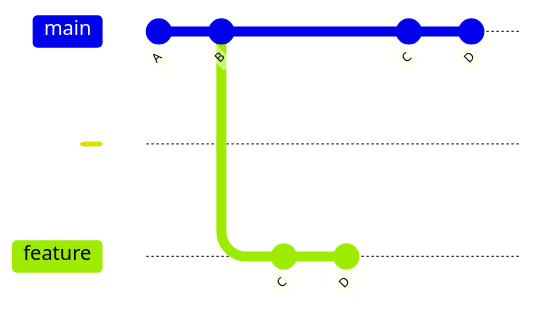
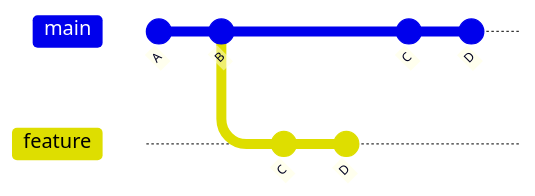
The third of 7 diagrams in git-talk/slides.md (Conorrr/talks), drawn with Mermaid before and after one commit. The commit also changed other lines of this file, not shown here.

````diff
--- a/git-talk/slides.md
+++ b/git-talk/slides.md
@@ -498,13 +421,12 @@
 ```mermaid
 gitGraph
    commit id: "A"
    commit id: "B"
-   branch " "
    branch feature
    checkout feature
    commit id: "C"
    commit id: "D"
    checkout main
    commit id: "C "
    commit id: "D "
 ```
````
